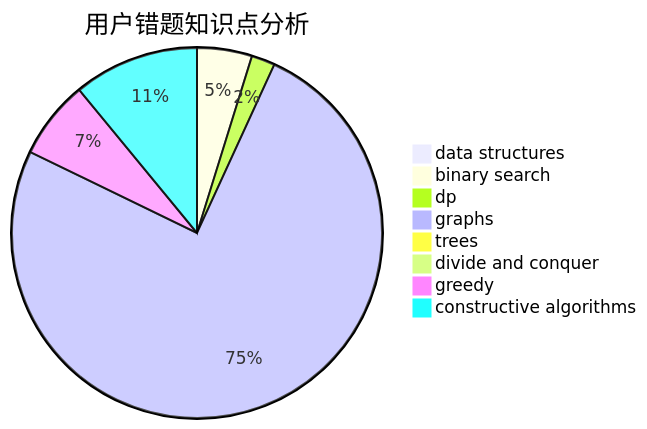
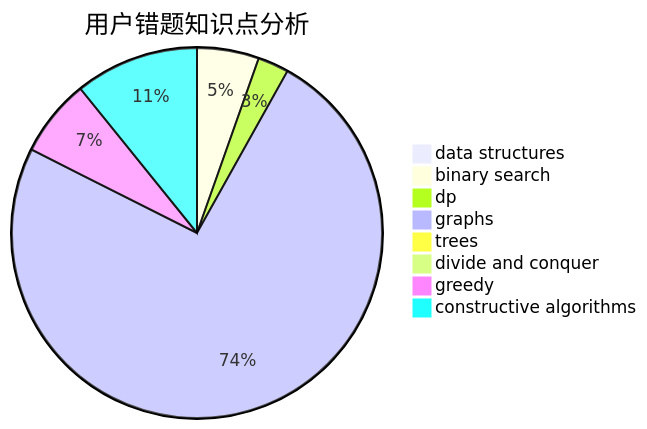
Before and after one commit to sherpahu/cfrs.github.io: the third of 3 diagrams in docs/user/u2280.md, drawn with Mermaid. The commit also changed other lines of this file and 2770 other files, not shown here.

````diff
--- a/docs/user/u2280.md
+++ b/docs/user/u2280.md
@@ -36,11 +36,11 @@
 ```mermaid
 pie title 用户错题知识点分析
     "data structures" :  1
-    "binary search" :  7
-    "dp" :  3
+    "binary search" :  8
+    "dp" :  4
     "graphs" :  110
     "trees" :  0
     "divide and conquer" :  0
     "greedy" :  10
     "constructive algorithms" :  16
 ```
````
